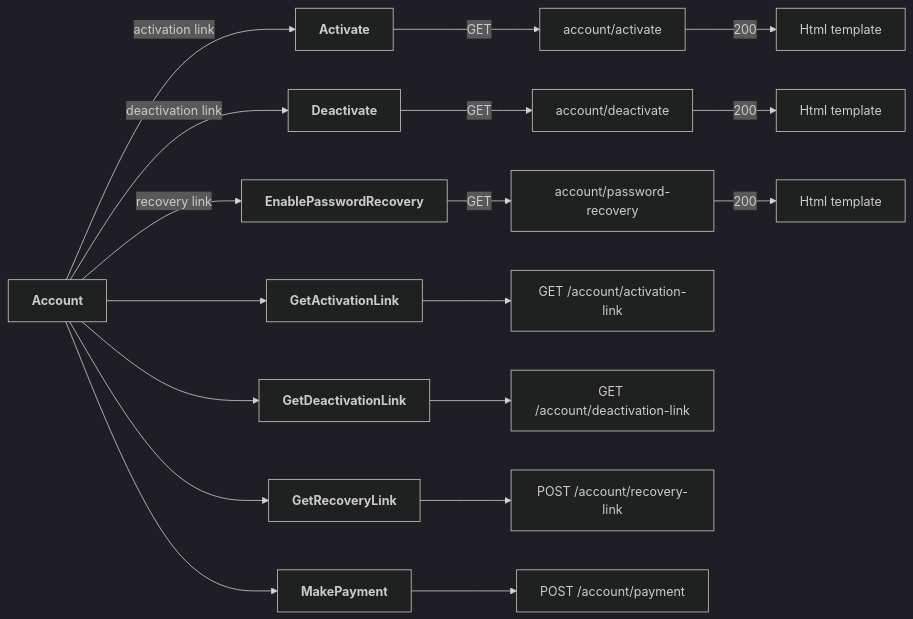
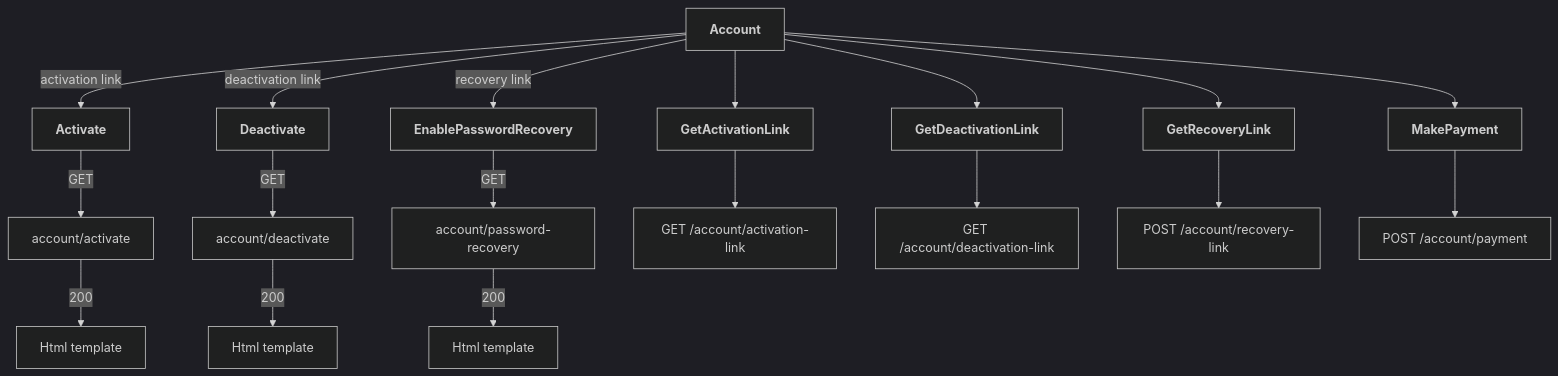
Before and after one commit to Karmello/ask-the-world-api: the first of 8 diagrams in README.md, drawn with Mermaid (dark theme).

````diff
--- a/README.md
+++ b/README.md
@@ -7,10 +7,10 @@
 ```mermaid
-flowchart LR
+flowchart
 ROOT[<b>Account</b>] --> |activation link|A1[<b>Activate</b>] --> |GET|A2[account/activate] --> |200|A3[Html template]
 ROOT --> |deactivation link|B1[<b>Deactivate</b>] --> |GET|B2[account/deactivate] --> |200|B3[Html template]
 ROOT --> |recovery link|C1[<b>EnablePasswordRecovery</b>] --> |GET|C2[account/password-recovery] --> |200|C3[Html template]
 ROOT --> D1[<b>GetActivationLink</b>] --> D2[GET /account/activation-link]
 ROOT --> E1[<b>GetDeactivationLink</b>] --> E2[GET /account/deactivation-link]
 ROOT --> F1[<b>GetRecoveryLink</b>] --> F2[POST /account/recovery-link]
 ROOT --> G1[<b>MakePayment</b>] --> G2[POST /account/payment]
 ```
````
